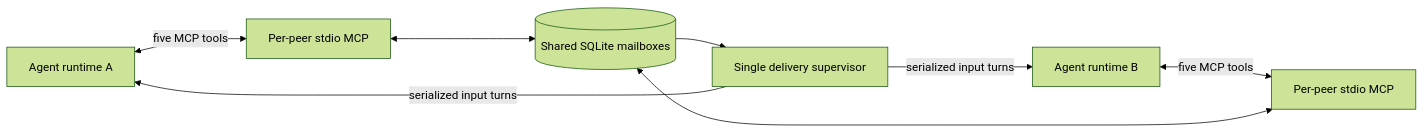
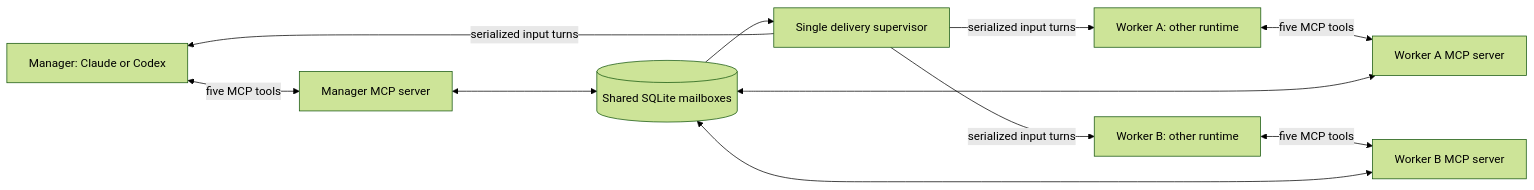
One commit to harinaralasetty/agent_relay changed the diagram in docs/architecture.md. Above: the diagram before and after it, drawn with Mermaid (forest theme). The commit also changed other lines of this file and 1 other file, not shown here.

Commit message:
Show both manager directions in the main workflow diagrams

````diff
--- a/docs/architecture.md
+++ b/docs/architecture.md
@@ -8,10 +8,13 @@
 ```mermaid
 flowchart LR
-    A[Agent runtime A] <-->|five MCP tools| MA[Per-peer stdio MCP]
-    B[Agent runtime B] <-->|five MCP tools| MB[Per-peer stdio MCP]
-    MA <--> DB[(Shared SQLite mailboxes)]
+    M["Manager: Claude or Codex"] <-->|five MCP tools| MM["Manager MCP server"]
+    A["Worker A: other runtime"] <-->|five MCP tools| MA["Worker A MCP server"]
+    B["Worker B: other runtime"] <-->|five MCP tools| MB["Worker B MCP server"]
+    MM <--> DB[(Shared SQLite mailboxes)]
+    MA <--> DB
     MB <--> DB
-    DB --> S[Single delivery supervisor]
+    DB --> S["Single delivery supervisor"]
+    S -->|serialized input turns| M
     S -->|serialized input turns| A
     S -->|serialized input turns| B
 ```
````
